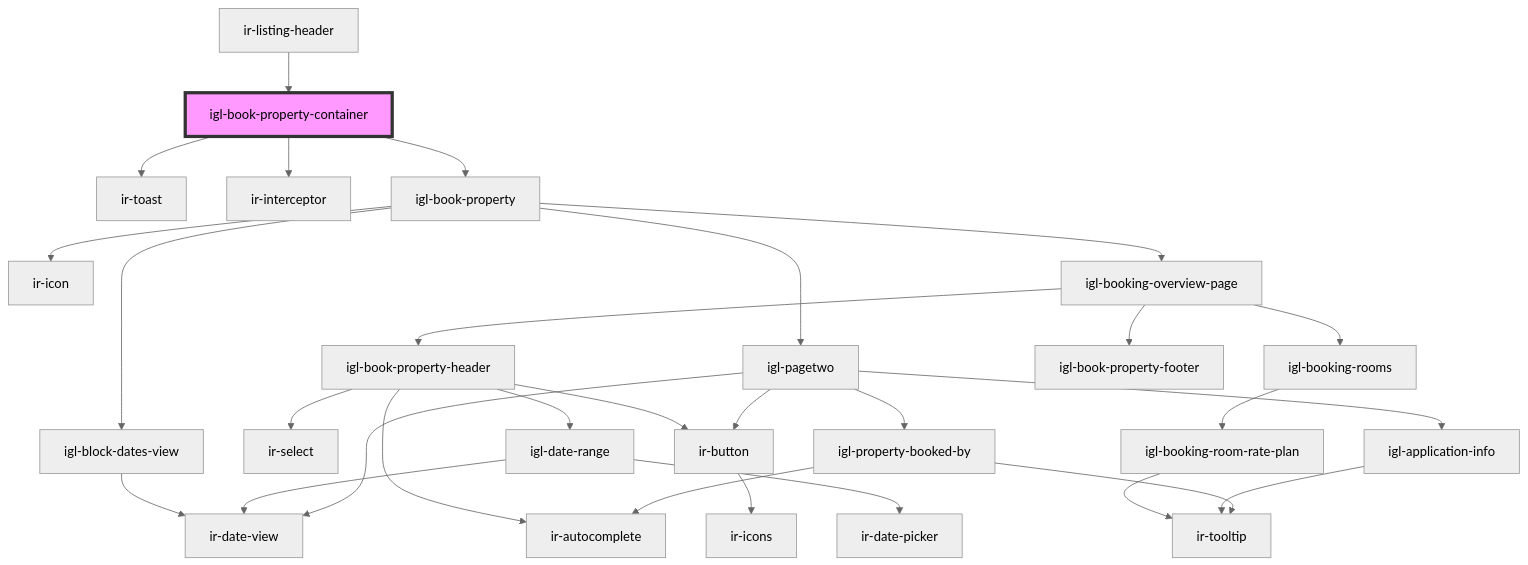
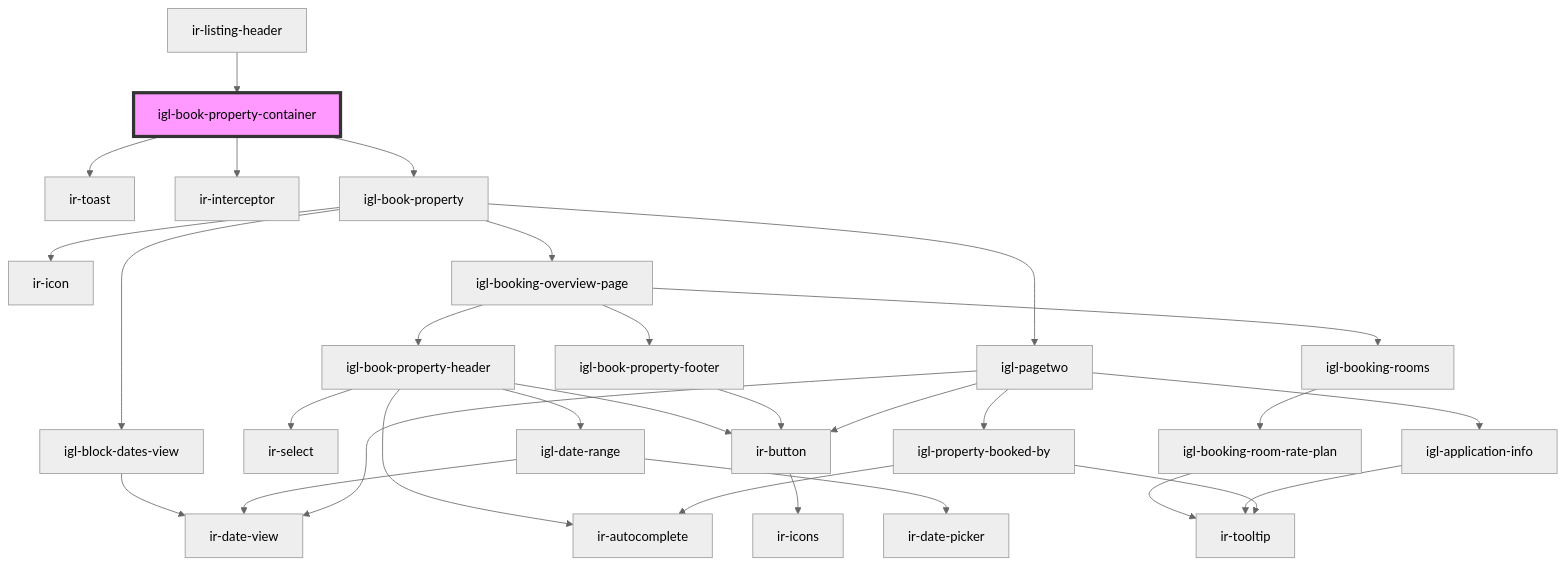
One commit to David1Chowaifaty/modified-ir-webcmp changed the diagram in src/components/igl-book-property-container/readme.md. Above: the diagram before and after it, drawn with Mermaid (neutral theme). The commit also changed 24 other files, not shown here.

````diff
--- a/src/components/igl-book-property-container/readme.md
+++ b/src/components/igl-book-property-container/readme.md
@@ -41,32 +41,33 @@
 ```mermaid
 graph TD;
   igl-book-property-container --> ir-toast
   igl-book-property-container --> ir-interceptor
   igl-book-property-container --> igl-book-property
   igl-book-property --> igl-block-dates-view
   igl-book-property --> ir-icon
   igl-book-property --> igl-booking-overview-page
   igl-book-property --> igl-pagetwo
   igl-block-dates-view --> ir-date-view
   igl-booking-overview-page --> igl-book-property-header
   igl-booking-overview-page --> igl-booking-rooms
   igl-booking-overview-page --> igl-book-property-footer
   igl-book-property-header --> ir-autocomplete
   igl-book-property-header --> ir-select
   igl-book-property-header --> ir-button
   igl-book-property-header --> igl-date-range
   ir-button --> ir-icons
   igl-date-range --> ir-date-picker
   igl-date-range --> ir-date-view
   igl-booking-rooms --> igl-booking-room-rate-plan
   igl-booking-room-rate-plan --> ir-tooltip
+  igl-book-property-footer --> ir-button
   igl-pagetwo --> ir-date-view
   igl-pagetwo --> igl-application-info
   igl-pagetwo --> igl-property-booked-by
   igl-pagetwo --> ir-button
   igl-application-info --> ir-tooltip
   igl-property-booked-by --> ir-autocomplete
   igl-property-booked-by --> ir-tooltip
   ir-listing-header --> igl-book-property-container
   style igl-book-property-container fill:#f9f,stroke:#333,stroke-width:4px
 ```
````
